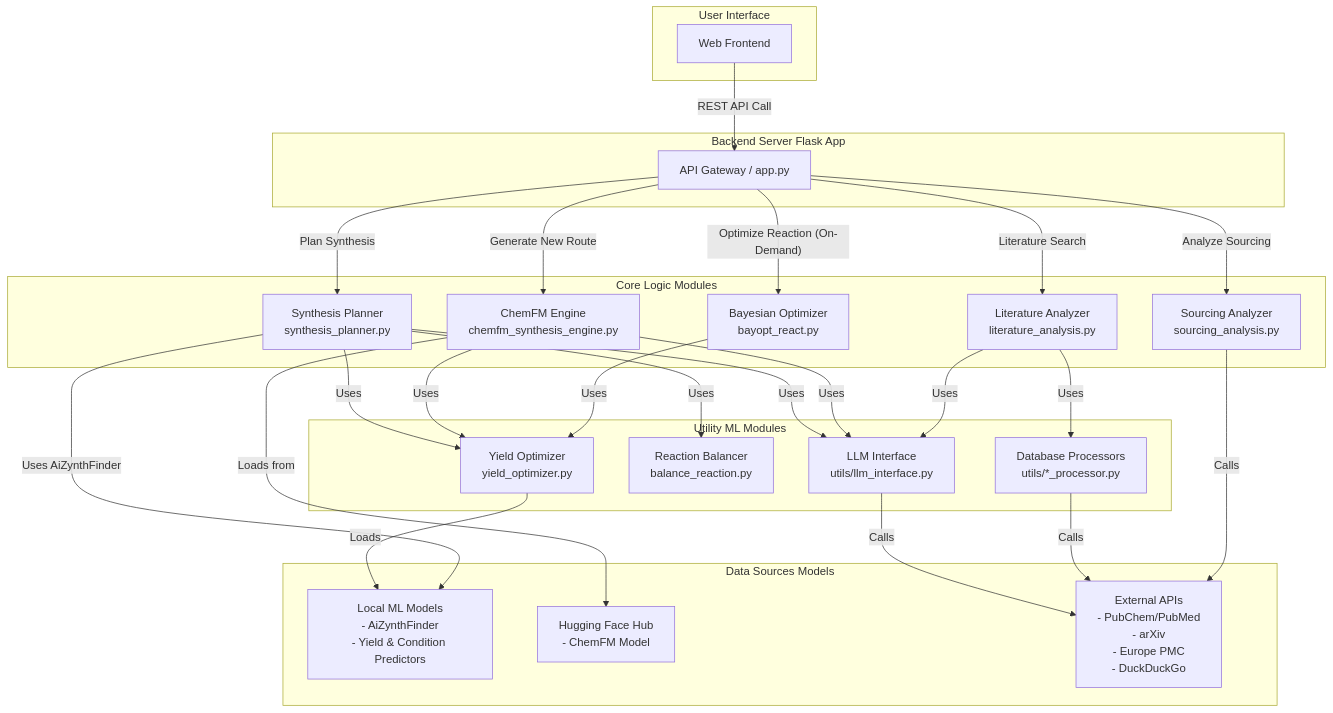
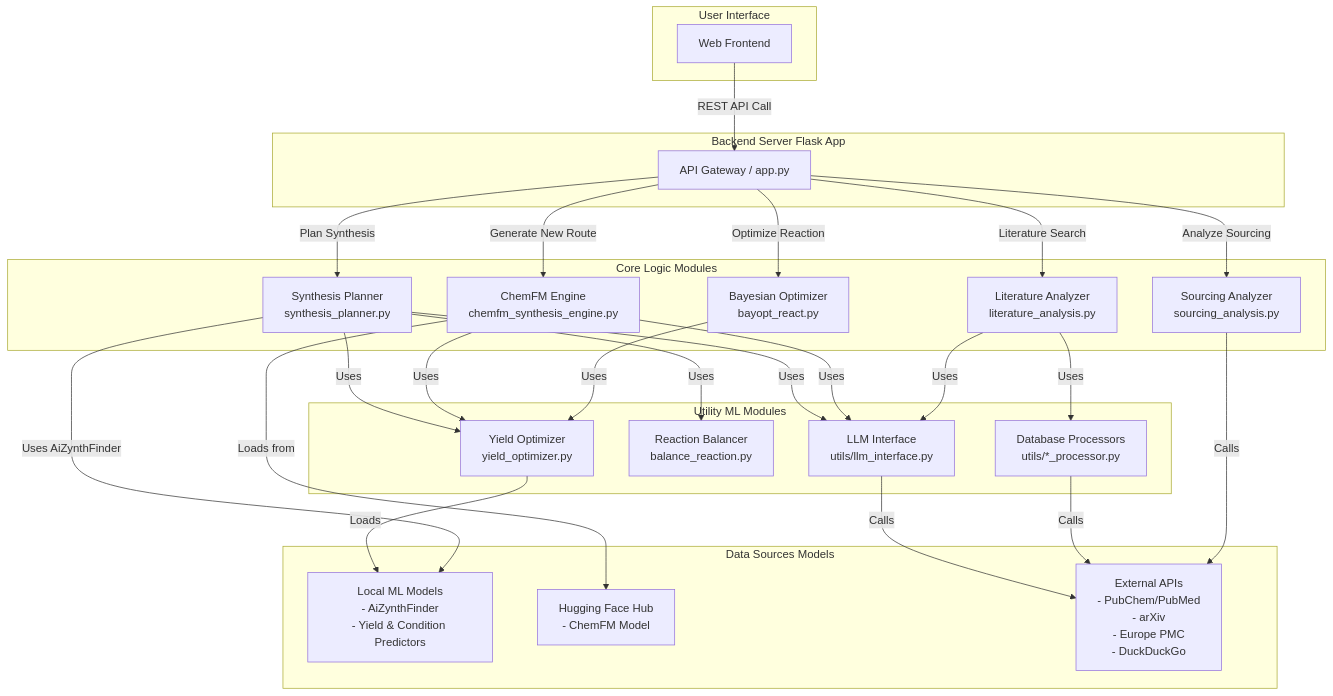
One commit to anushtup-nandy/Chemsynth changed the diagram in README.md. Above: the diagram before and after it, drawn with Mermaid. The commit also changed other lines of this file and 5 other files, not shown here.

````diff
--- a/README.md
+++ b/README.md
@@ -69,47 +79,47 @@
 ```mermaid
 graph TD
     subgraph User Interface
         A[Web Frontend]
     end
     subgraph Backend Server Flask App
         B[API Gateway / app.py]
     end
     subgraph Core Logic Modules
         C[Synthesis Planner<br/>synthesis_planner.py]
         D[ChemFM Engine<br/>chemfm_synthesis_engine.py]
         E[Literature Analyzer<br/>literature_analysis.py]
         F[Sourcing Analyzer<br/>sourcing_analysis.py]
         BO[Bayesian Optimizer<br/>bayopt_react.py]
     end
     subgraph Utility ML Modules
         G[Yield Optimizer<br/>yield_optimizer.py]
         H[Reaction Balancer<br/>balance_reaction.py]
         I[LLM Interface<br/>utils/llm_interface.py]
         J[Database Processors<br/>utils/*_processor.py]
     end
     subgraph Data Sources Models
         K[Local ML Models<br/>- AiZynthFinder<br/>- Yield & Condition Predictors]
         L[Hugging Face Hub<br/>- ChemFM Model]
         M[External APIs<br/>- PubChem/PubMed<br/>- arXiv<br/>- Europe PMC<br/>- DuckDuckGo]
     end
     A -- REST API Call --> B
     B -- Plan Synthesis --> C
     B -- Generate New Route --> D
     B -- Literature Search --> E
     B -- Analyze Sourcing --> F
-    B -- Optimize Reaction (On-Demand) --> BO
+    B -- Optimize Reaction --> BO
     C -- Uses --> G
     C -- Uses --> H
     C -- Uses --> I
     D -- Uses --> G
     D -- Uses --> I
     E -- Uses --> J
     E -- Uses --> I
     BO -- Uses --> G
     G -- Loads --> K
     C -- Uses AiZynthFinder --> K
     D -- Loads from --> L
     I -- Calls --> M
     J -- Calls --> M
     F -- Calls --> M
 ```
````
